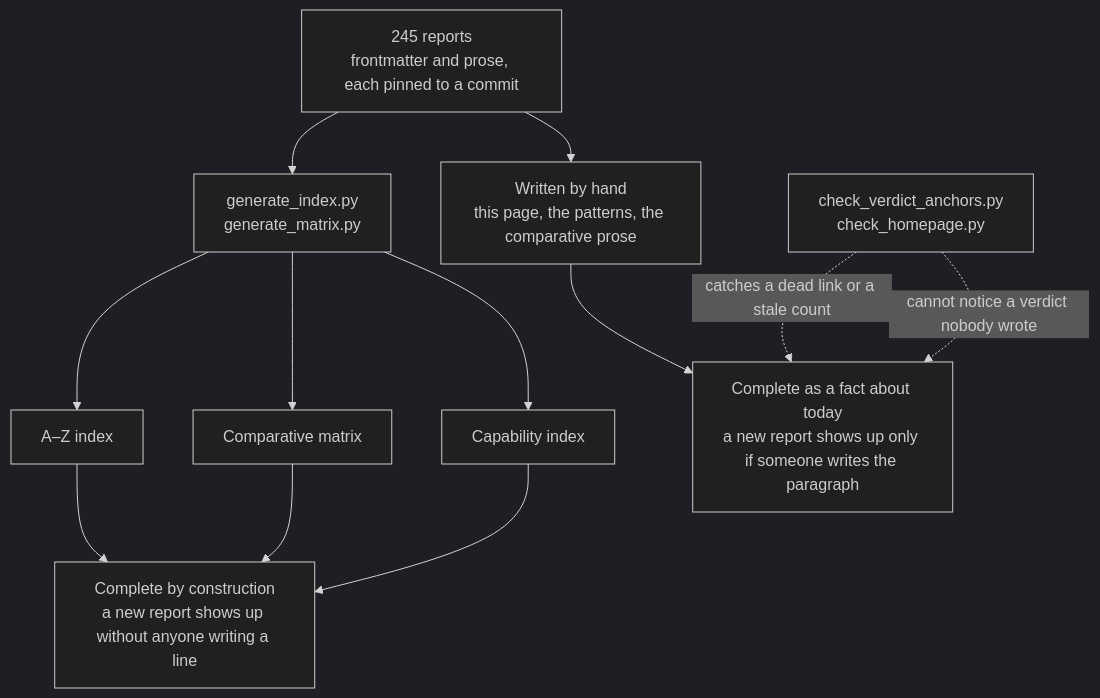
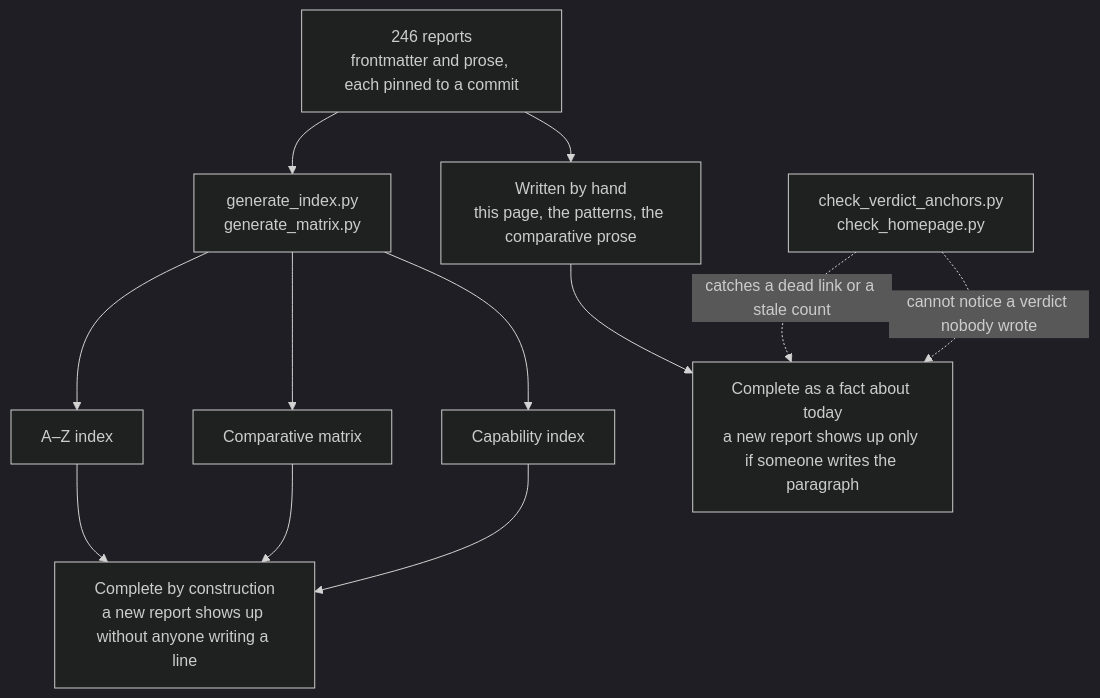
One commit to neoneye/agent-memory-atlas changed the diagram in content/verdicts.md. Above: the diagram before and after it, drawn with Mermaid (dark theme). The commit also changed other lines of this file and 267 other files, not shown here.

````diff
--- a/content/verdicts.md
+++ b/content/verdicts.md
@@ -40,15 +40,15 @@
 ```mermaid
 flowchart TD
-    R["245 reports<br/>frontmatter and prose, each pinned to a commit"]
+    R["246 reports<br/>frontmatter and prose, each pinned to a commit"]
     R --> GEN["generate_index.py<br/>generate_matrix.py"]
     R --> HAND["Written by hand<br/>this page, the patterns, the comparative prose"]
     GEN --> AZ["A–Z index"]
     GEN --> MX["Comparative matrix"]
     GEN --> CI["Capability index"]
     AZ --> CONST["Complete by construction<br/>a new report shows up without anyone writing a line"]
     MX --> CONST
     CI --> CONST
     HAND --> TODAY["Complete as a fact about today<br/>a new report shows up only if someone writes the paragraph"]
     CHK["check_verdict_anchors.py<br/>check_homepage.py"] -.->|"catches a dead link or a stale count"| TODAY
     CHK -.->|"cannot notice a verdict nobody wrote"| TODAY
 ```
````
